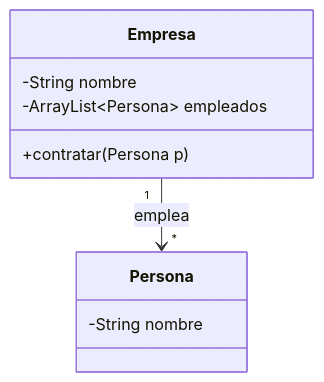
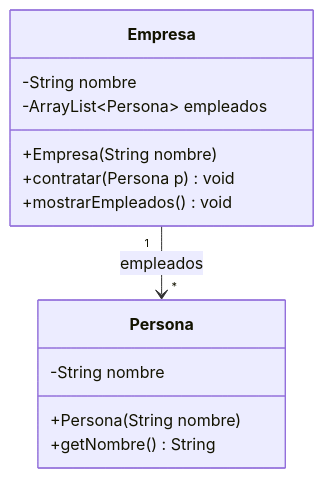
Before and after one commit to CursosProgramacionEP/USIL_SEMANA09: the second of 8 diagrams in README.md, drawn with Mermaid. The commit also changed other lines of this file, not shown here.

Commit message:
Diagramas UML completos y alineados con el código (atributos, constructores, getters, métodos)

````diff
--- a/README.md
+++ b/README.md
@@ -47,12 +54,16 @@
 ```mermaid
 classDiagram
     class Empresa {
         -String nombre
         -ArrayList~Persona~ empleados
-        +contratar(Persona p)
+        +Empresa(String nombre)
+        +contratar(Persona p) void
+        +mostrarEmpleados() void
     }
     class Persona {
         -String nombre
+        +Persona(String nombre)
+        +getNombre() String
     }
-    Empresa "1" --> "*" Persona : emplea
+    Empresa "1" --> "*" Persona : empleados
 ```
````
